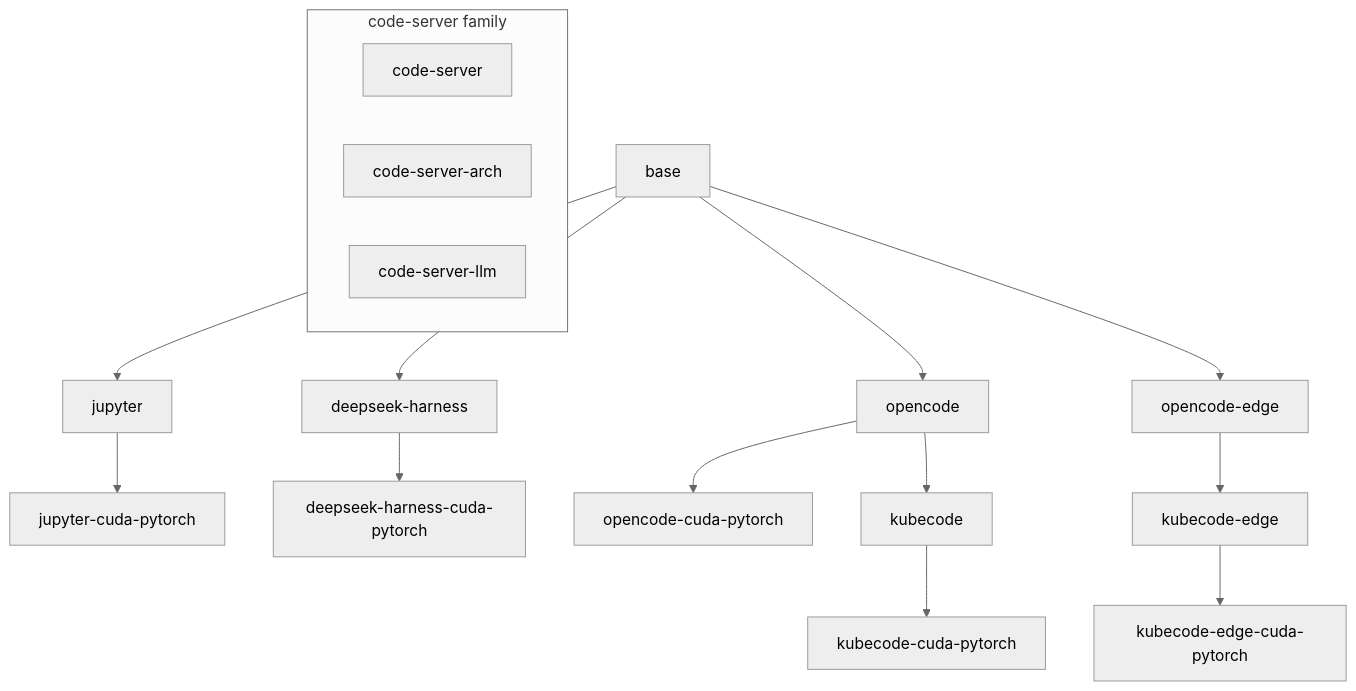
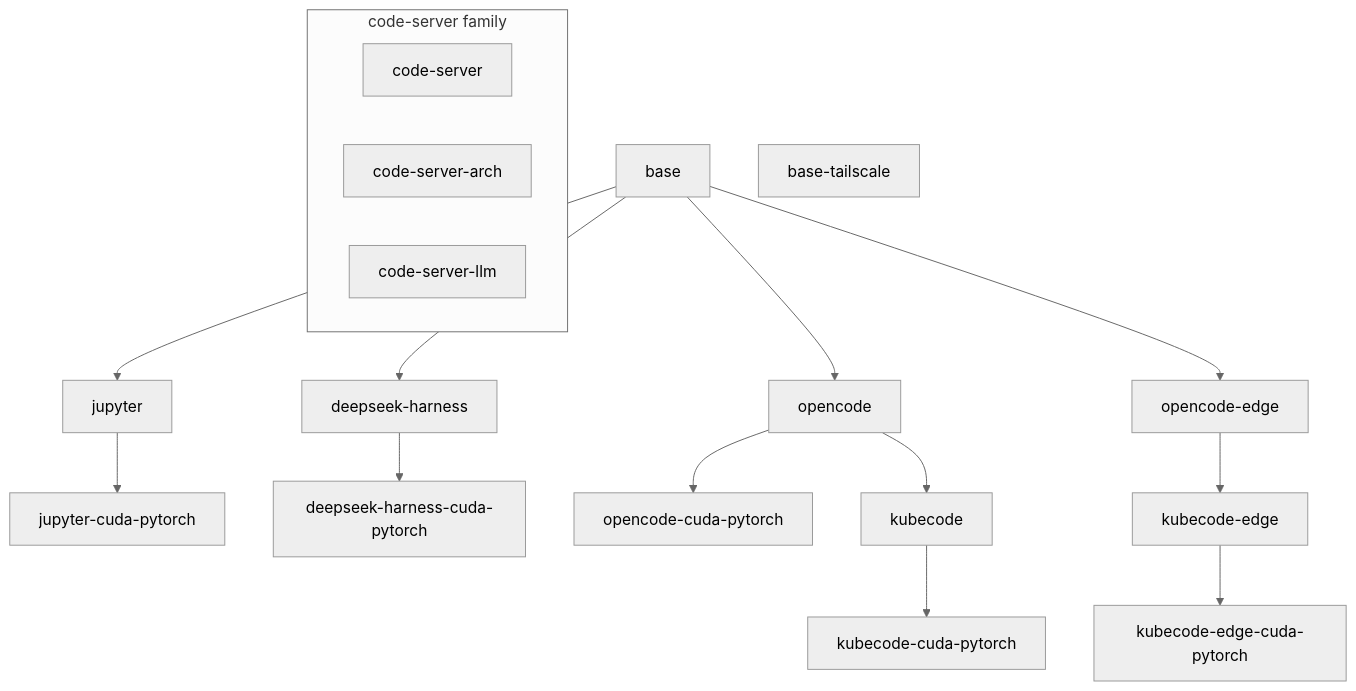
Before and after one commit to TerenceLiu98/staging-containers: the diagram in kubeflow/README.md, drawn with Mermaid (neutral theme). The commit also changed other lines of this file and 4 other files, not shown here.

Commit message:
feat(kubeflow): add Tailscale base image

````diff
--- a/kubeflow/README.md
+++ b/kubeflow/README.md
@@ -8,19 +8,20 @@
 ```mermaid
 graph TD
     base[base] --> jupyter[jupyter]
+    base_tailscale[base-tailscale]
     jupyter --> jupyter_cuda[jupyter-cuda-pytorch]
     base --> deepseek_harness[deepseek-harness]
     deepseek_harness --> deepseek_harness_cuda[deepseek-harness-cuda-pytorch]
     base --> opencode[opencode]
     opencode --> opencode_cuda[opencode-cuda-pytorch]
     opencode --> kubecode[kubecode]
     kubecode --> kubecode_cuda[kubecode-cuda-pytorch]
     base --> opencode_edge[opencode-edge]
     opencode_edge --> kubecode_edge[kubecode-edge]
     kubecode_edge --> kubecode_edge_cuda[kubecode-edge-cuda-pytorch]
     subgraph cs["code-server family"]
         code_server[code-server]
         code_server_arch[code-server-arch]
         code_server_llm[code-server-llm]
     end
 ```
````
